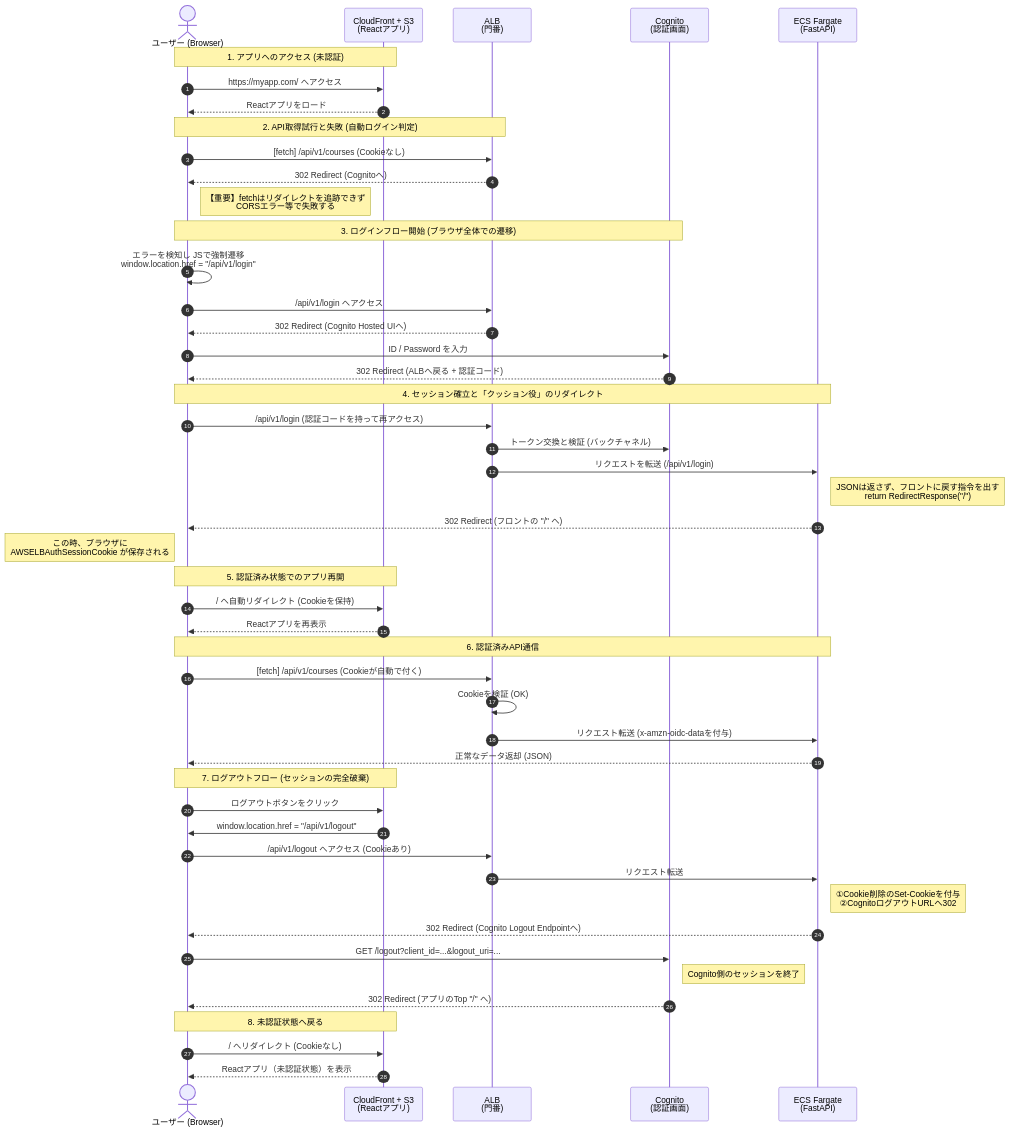
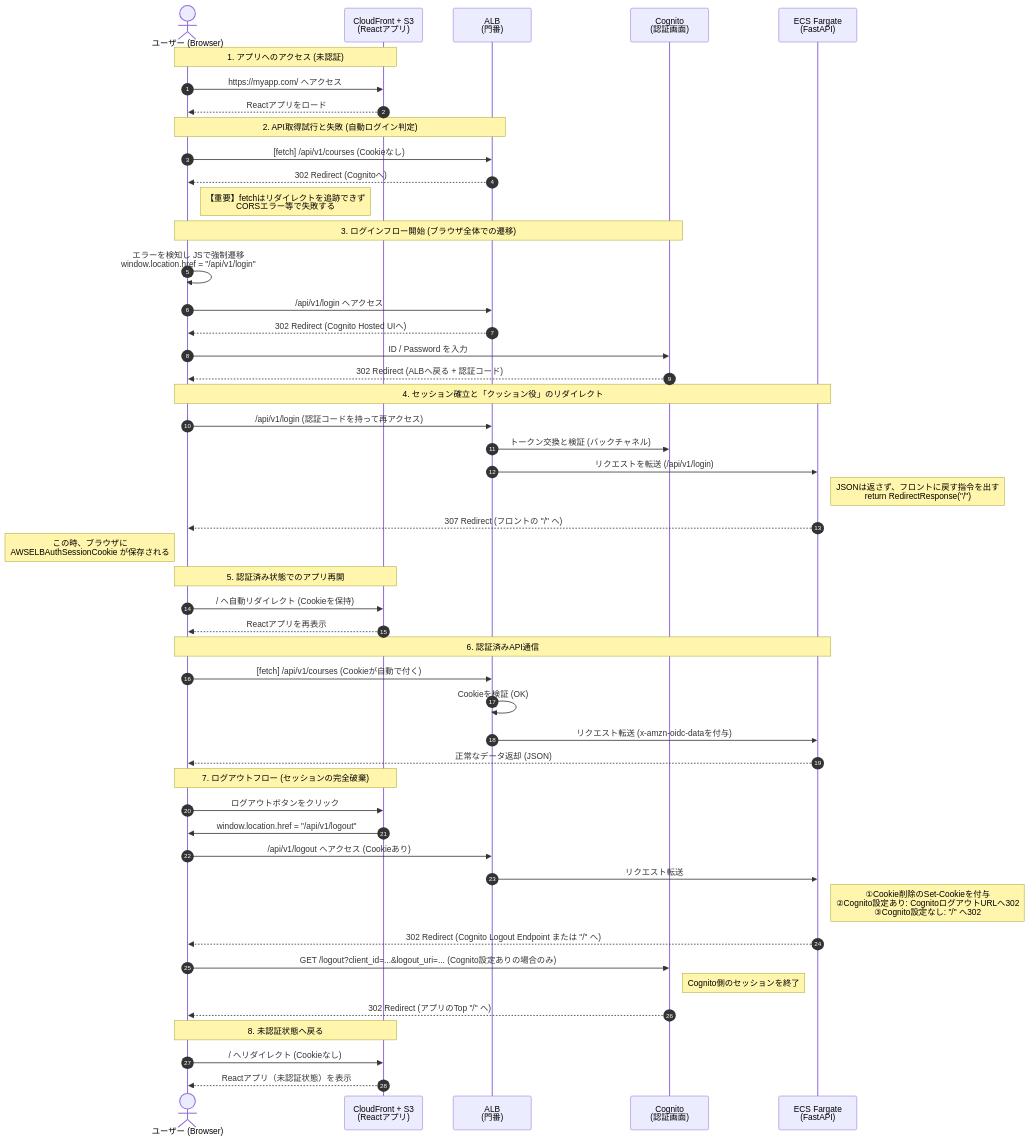
Before and after one commit to matsuolab/AIE-DXproject_1_front: the diagram in docs/auth-flow.md, drawn with Mermaid. The commit also changed other lines of this file and 2 other files, not shown here.

Commit message:
docs: Update api, auth, and database docs to reflect current implementation (#48)

````diff
--- a/docs/auth-flow.md
+++ b/docs/auth-flow.md
@@ -5,60 +5,60 @@
 ```mermaid
 sequenceDiagram
     autonumber
     actor User as ユーザー (Browser)
     participant S3 as CloudFront + S3<br/>(Reactアプリ)
     participant ALB as ALB<br/>(門番)
     participant Cognito as Cognito<br/>(認証画面)
     participant API as ECS Fargate<br/>(FastAPI)
 
     Note over User, S3: 1. アプリへのアクセス (未認証)
     User->>S3: https://myapp.com/ へアクセス
     S3-->>User: Reactアプリをロード
 
     Note over User, ALB: 2. API取得試行と失敗 (自動ログイン判定)
     User->>ALB: [fetch] /api/v1/courses (Cookieなし)
     ALB-->>User: 302 Redirect (Cognitoへ)
     Note right of User: 【重要】fetchはリダイレクトを追跡できず<br/>CORSエラー等で失敗する
-    
+
     Note over User, Cognito: 3. ログインフロー開始 (ブラウザ全体での遷移)
     User->>User: エラーを検知し JSで強制遷移<br/>window.location.href = "/api/v1/login"
     User->>ALB: /api/v1/login へアクセス
     ALB-->>User: 302 Redirect (Cognito Hosted UIへ)
     User->>Cognito: ID / Password を入力
     Cognito-->>User: 302 Redirect (ALBへ戻る + 認証コード)
 
     Note over User, API: 4. セッション確立と「クッション役」のリダイレクト
     User->>ALB: /api/v1/login (認証コードを持って再アクセス)
     ALB->>Cognito: トークン交換と検証 (バックチャネル)
     ALB->>API: リクエストを転送 (/api/v1/login)
     Note right of API: JSONは返さず、フロントに戻す指令を出す<br/>return RedirectResponse("/")
-    API-->>User: 302 Redirect (フロントの "/" へ)
+    API-->>User: 307 Redirect (フロントの "/" へ)
     Note left of User: この時、ブラウザに<br/>AWSELBAuthSessionCookie が保存される
 
     Note over User, S3: 5. 認証済み状態でのアプリ再開
     User->>S3: / へ自動リダイレクト (Cookieを保持)
     S3-->>User: Reactアプリを再表示
 
     Note over User, API: 6. 認証済みAPI通信
     User->>ALB: [fetch] /api/v1/courses (Cookieが自動で付く)
     ALB->>ALB: Cookieを検証 (OK)
     ALB->>API: リクエスト転送 (x-amzn-oidc-dataを付与)
     API-->>User: 正常なデータ返却 (JSON)
 
     Note over User, S3: 7. ログアウトフロー (セッションの完全破棄)
     User->>S3: ログアウトボタンをクリック
     S3->>User: window.location.href = "/api/v1/logout"
-    
+
     User->>ALB: /api/v1/logout へアクセス (Cookieあり)
     ALB->>API: リクエスト転送
-    Note right of API: ①Cookie削除のSet-Cookieを付与<br/>②CognitoログアウトURLへ302
-    API-->>User: 302 Redirect (Cognito Logout Endpointへ)
-    
-    User->>Cognito: GET /logout?client_id=...&logout_uri=...
+    Note right of API: ①Cookie削除のSet-Cookieを付与<br/>②Cognito設定あり: CognitoログアウトURLへ302<br/>③Cognito設定なし: "/" へ302
+    API-->>User: 302 Redirect (Cognito Logout Endpoint または "/" へ)
+
+    User->>Cognito: GET /logout?client_id=...&logout_uri=... (Cognito設定ありの場合のみ)
     Note right of Cognito: Cognito側のセッションを終了
     Cognito-->>User: 302 Redirect (アプリのTop "/" へ)
 
     Note over User, S3: 8. 未認証状態へ戻る
     User->>S3: / へリダイレクト (Cookieなし)
     S3-->>User: Reactアプリ（未認証状態）を表示
 ```
````
